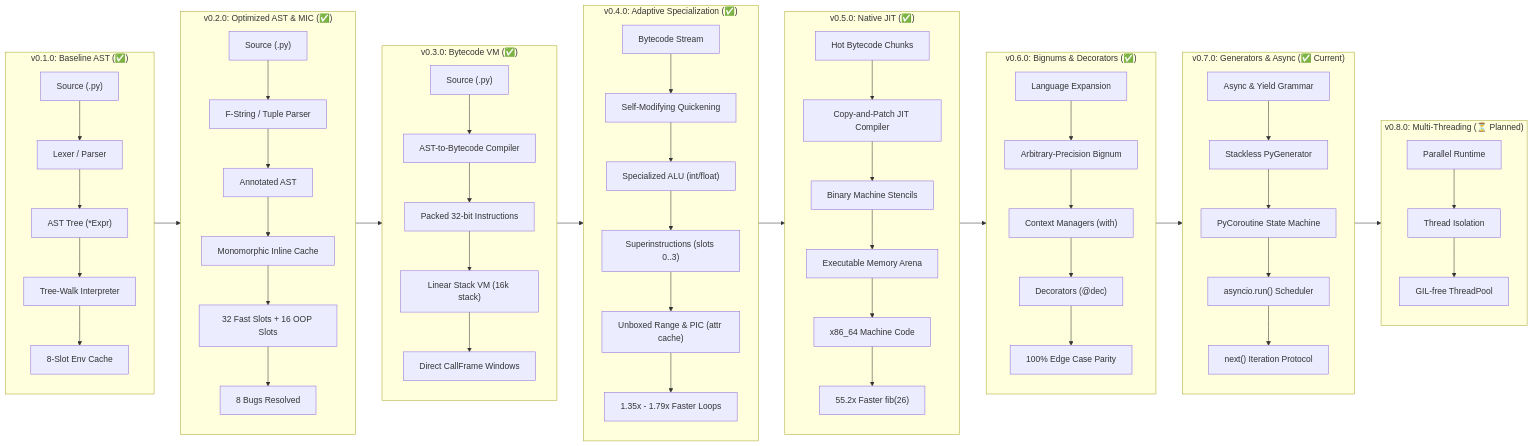
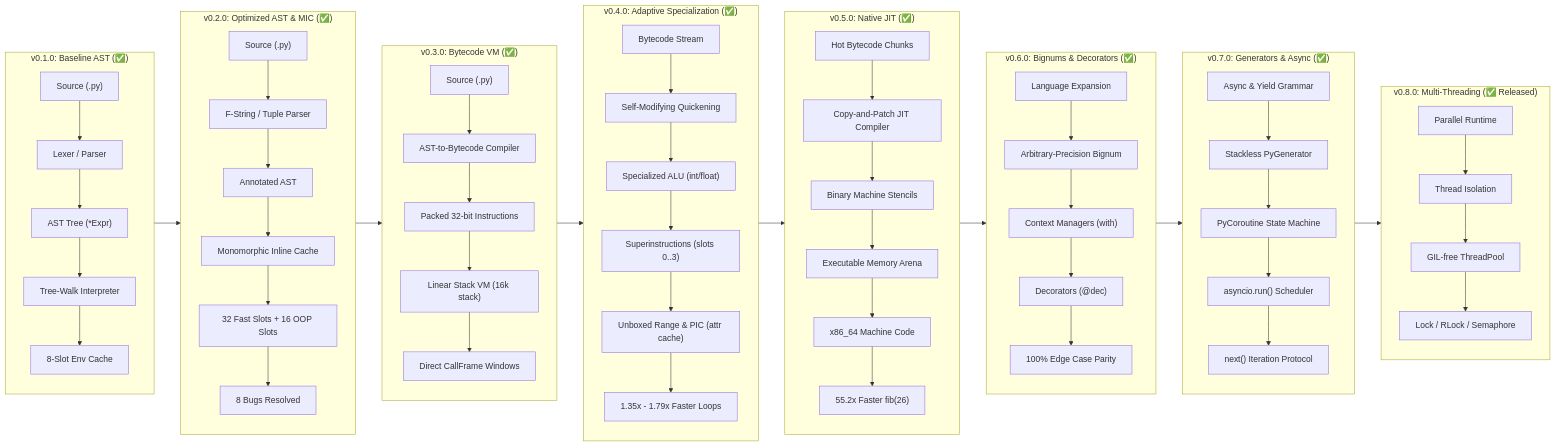
Before and after one commit to babar-xagi/zython-: the diagram in developer_doc/README.md, drawn with Mermaid. The commit also changed other lines of this file and 22 other files, not shown here.

First line of the commit message:
feat(v0.8.0): complete Phase 8 native multi-threading, concurrency primitives & threadpool

````diff
--- a/developer_doc/README.md
+++ b/developer_doc/README.md
@@ -24,67 +25,68 @@
 ```mermaid
 flowchart LR
     subgraph Phase1 ["v0.1.0: Baseline AST (✅)"]
         A1["Source (.py)"] --> B1["Lexer / Parser"]
         B1 --> C1["AST Tree (*Expr)"]
         C1 --> D1["Tree-Walk Interpreter"]
         D1 --> E1["8-Slot Env Cache"]
     end
 
     subgraph Phase2 ["v0.2.0: Optimized AST & MIC (✅)"]
         A2["Source (.py)"] --> B2["F-String / Tuple Parser"]
         B2 --> C2["Annotated AST"]
         C2 --> D2["Monomorphic Inline Cache"]
         D2 --> E2["32 Fast Slots + 16 OOP Slots"]
         E2 --> F2["8 Bugs Resolved"]
     end
 
     subgraph Phase3 ["v0.3.0: Bytecode VM (✅)"]
         A3["Source (.py)"] --> B3["AST-to-Bytecode Compiler"]
         B3 --> C3["Packed 32-bit Instructions"]
         C3 --> D3["Linear Stack VM (16k stack)"]
         D3 --> E3["Direct CallFrame Windows"]
     end
 
     subgraph Phase4 ["v0.4.0: Adaptive Specialization (✅)"]
         A4["Bytecode Stream"] --> B4["Self-Modifying Quickening"]
         B4 --> C4["Specialized ALU (int/float)"]
         C4 --> D4["Superinstructions (slots 0..3)"]
         D4 --> E4["Unboxed Range & PIC (attr cache)"]
         E4 --> F4["1.35x - 1.79x Faster Loops"]
     end
 
     subgraph Phase5 ["v0.5.0: Native JIT (✅)"]
         A5["Hot Bytecode Chunks"] --> B5["Copy-and-Patch JIT Compiler"]
         B5 --> C5["Binary Machine Stencils"]
         C5 --> D5["Executable Memory Arena"]
         D5 --> E5["x86_64 Machine Code"]
         E5 --> F5["55.2x Faster fib(26)"]
     end
 
     subgraph Phase6 ["v0.6.0: Bignums & Decorators (✅)"]
         A6["Language Expansion"] --> B6["Arbitrary-Precision Bignum"]
         B6 --> C6["Context Managers (with)"]
         C6 --> D6["Decorators (@dec)"]
         D6 --> E6["100% Edge Case Parity"]
     end
 
-    subgraph Phase7 ["v0.7.0: Generators & Async (✅ Current)"]
+    subgraph Phase7 ["v0.7.0: Generators & Async (✅)"]
         A7["Async & Yield Grammar"] --> B7["Stackless PyGenerator"]
         B7 --> C7["PyCoroutine State Machine"]
         C7 --> D7["asyncio.run() Scheduler"]
         D7 --> E7["next() Iteration Protocol"]
     end
 
-    subgraph Phase8 ["v0.8.0: Multi-Threading (⏳ Planned)"]
+    subgraph Phase8 ["v0.8.0: Multi-Threading (✅ Released)"]
         A8["Parallel Runtime"] --> B8["Thread Isolation"]
         B8 --> C8["GIL-free ThreadPool"]
+        C8 --> D8["Lock / RLock / Semaphore"]
     end
 
     Phase1 --> Phase2
     Phase2 --> Phase3
     Phase3 --> Phase4
     Phase4 --> Phase5
     Phase5 --> Phase6
     Phase6 --> Phase7
     Phase7 --> Phase8
 ```
````
